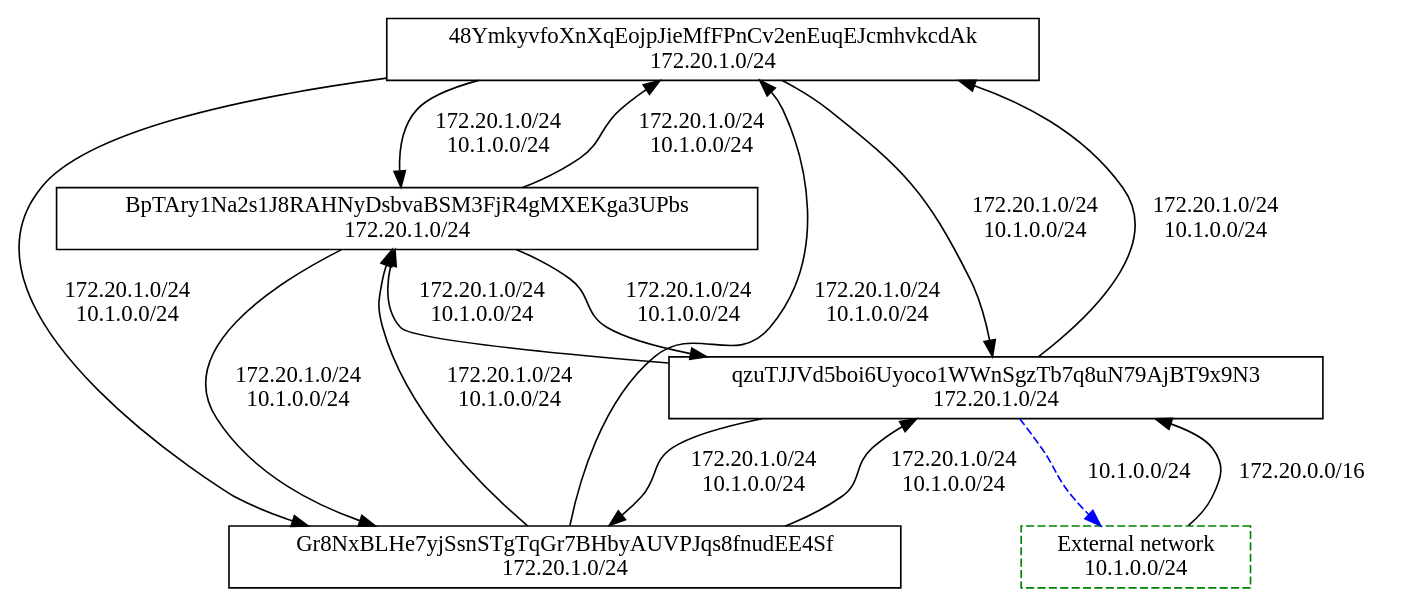
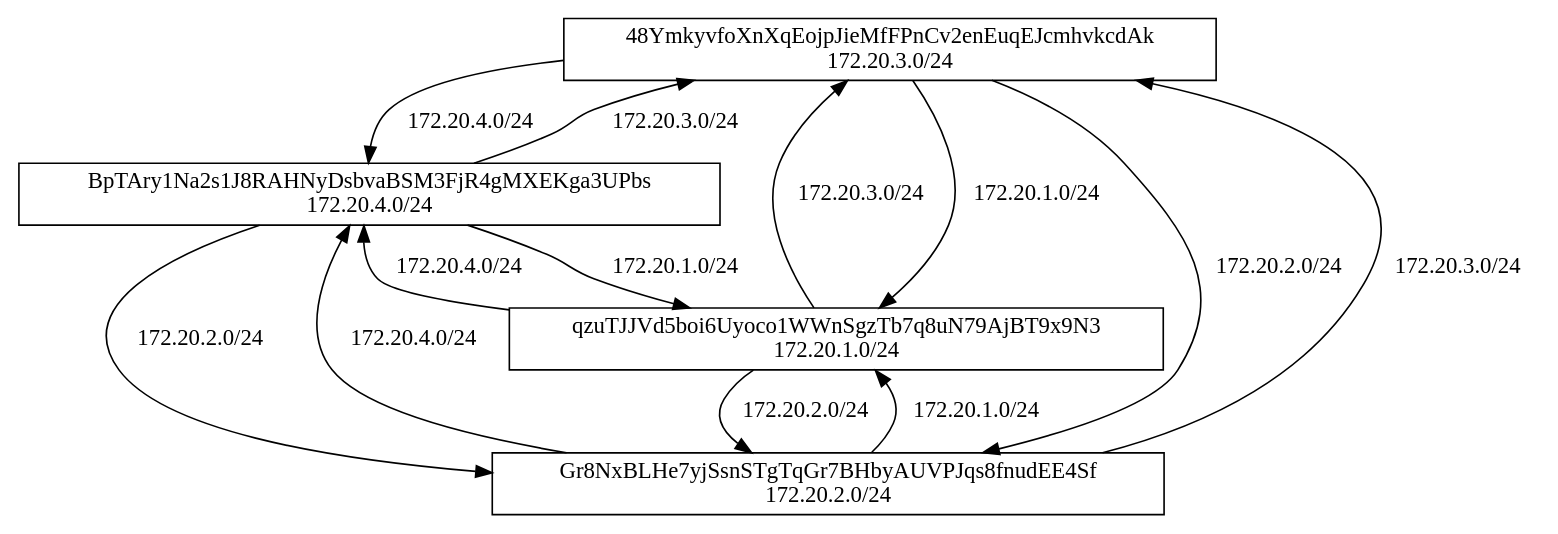
One commit to weynandkuijpers/mytrunk changed the diagram in tf_grid_demo/network.json.dot. Above: the diagram before and after it, drawn with Graphviz. The commit also changed 6 other files, not shown here.

```diff
--- a/tf_grid_demo/network.json.dot
+++ b/tf_grid_demo/network.json.dot
@@ -1,24 +1,20 @@
 digraph  {
 	
-	n3[label="48YmkyvfoXnXqEojpJieMfFPnCv2enEuqEJcmhvkcdAk\n172.20.1.0/24",shape="box"];
-	n4[label="BpTAry1Na2s1J8RAHNyDsbvaBSM3FjR4gMXEKga3UPbs\n172.20.1.0/24",shape="box"];
-	n5[color="green",label="External network\n10.1.0.0/24",shape="box",style="dashed"];
-	n2[label="Gr8NxBLHe7yjSsnSTgTqGr7BHbyAUVPJqs8fnudEE4Sf\n172.20.1.0/24",shape="box"];
+	n3[label="48YmkyvfoXnXqEojpJieMfFPnCv2enEuqEJcmhvkcdAk\n172.20.3.0/24",shape="box"];
+	n4[label="BpTAry1Na2s1J8RAHNyDsbvaBSM3FjR4gMXEKga3UPbs\n172.20.4.0/24",shape="box"];
+	n2[label="Gr8NxBLHe7yjSsnSTgTqGr7BHbyAUVPJqs8fnudEE4Sf\n172.20.2.0/24",shape="box"];
 	n1[label="qzuTJJVd5boi6Uyoco1WWnSgzTb7q8uN79AjBT9x9N3\n172.20.1.0/24",shape="box"];
-	n3->n1[label="172.20.1.0/24\n10.1.0.0/24"];
-	n3->n2[label="172.20.1.0/24\n10.1.0.0/24"];
-	n3->n4[label="172.20.1.0/24\n10.1.0.0/24"];
-	n4->n1[label="172.20.1.0/24\n10.1.0.0/24"];
-	n4->n2[label="172.20.1.0/24\n10.1.0.0/24"];
-	n4->n3[label="172.20.1.0/24\n10.1.0.0/24"];
-	n5->n1[label="172.20.0.0/16"];
-	n2->n1[label="172.20.1.0/24\n10.1.0.0/24"];
-	n2->n3[label="172.20.1.0/24\n10.1.0.0/24"];
-	n2->n4[label="172.20.1.0/24\n10.1.0.0/24"];
-	n1->n2[label="172.20.1.0/24\n10.1.0.0/24"];
-	n1->n3[label="172.20.1.0/24\n10.1.0.0/24"];
-	n1->n4[label="172.20.1.0/24\n10.1.0.0/24"];
-	n1->n5[color="blue",label="10.1.0.0/24",style="dashed"];
-	{rank=same; n5;};
+	n3->n1[label="172.20.1.0/24"];
+	n3->n2[label="172.20.2.0/24"];
+	n3->n4[label="172.20.4.0/24"];
+	n4->n1[label="172.20.1.0/24"];
+	n4->n2[label="172.20.2.0/24"];
+	n4->n3[label="172.20.3.0/24"];
+	n2->n1[label="172.20.1.0/24"];
+	n2->n3[label="172.20.3.0/24"];
+	n2->n4[label="172.20.4.0/24"];
+	n1->n2[label="172.20.2.0/24"];
+	n1->n3[label="172.20.3.0/24"];
+	n1->n4[label="172.20.4.0/24"];
 	
 }
```
